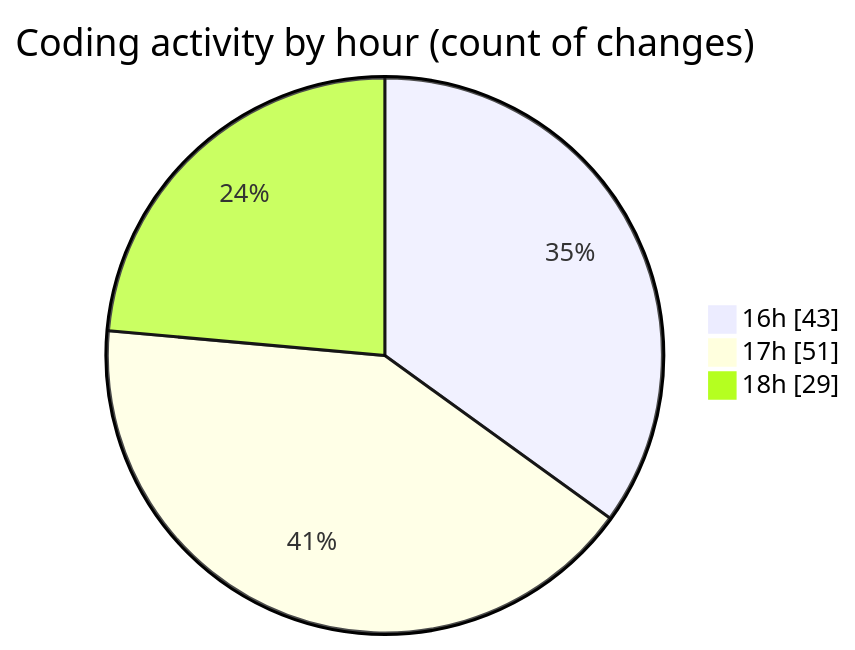
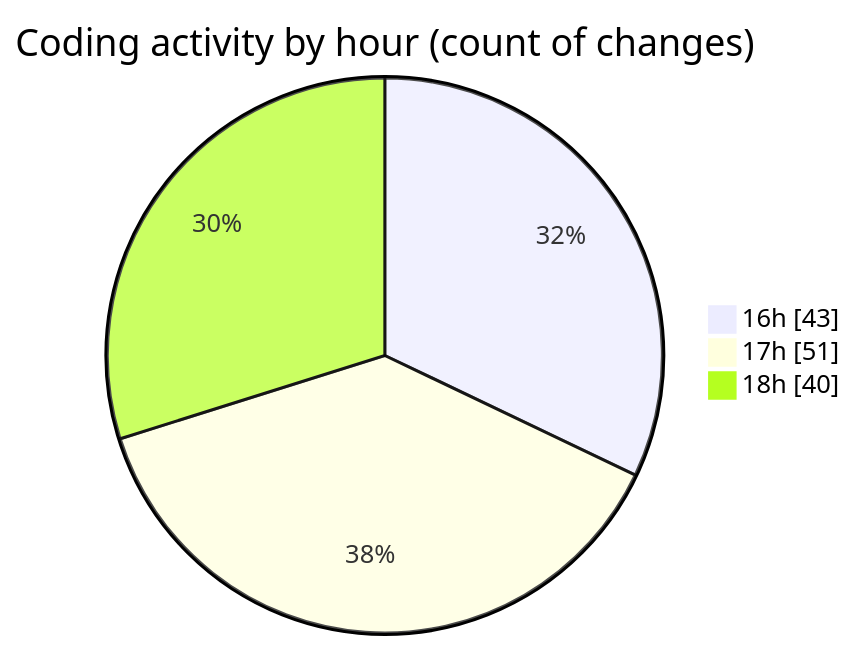
Before and after one commit to momahboobian/code-tracking: the second of 2 diagrams in 2026-11-13/broadcaster-v6-feature/README.md, drawn with Mermaid. The commit also changed other lines of this file and 1 other file, not shown here.

````diff
--- a/2026-11-13/broadcaster-v6-feature/README.md
+++ b/2026-11-13/broadcaster-v6-feature/README.md
@@ -64,7 +66,7 @@
 ```mermaid
 pie showData
 title Coding activity by hour (count of changes)
 "16h" : 43
 "17h" : 51
-"18h" : 29
+"18h" : 40
 ```
````
